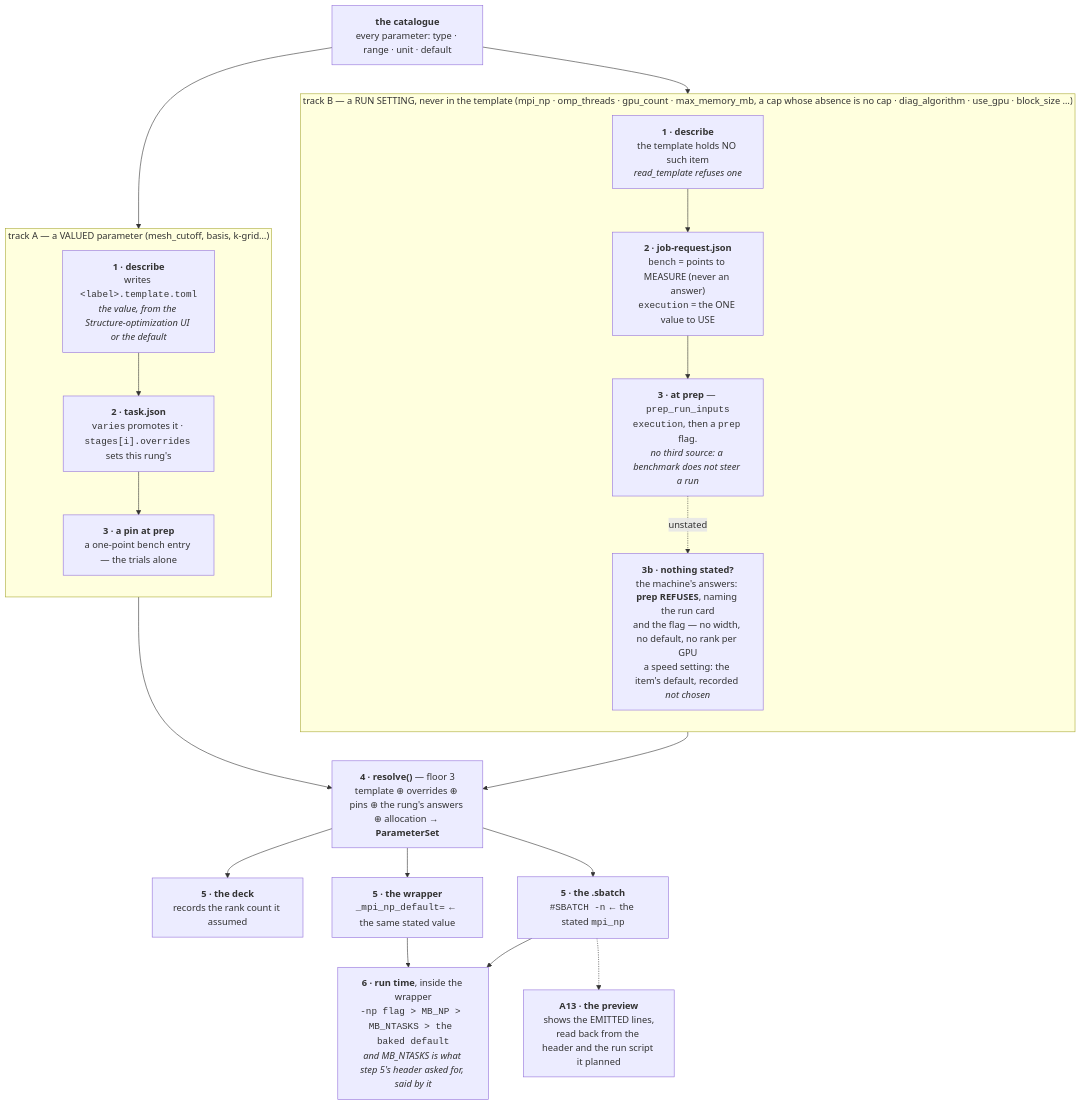
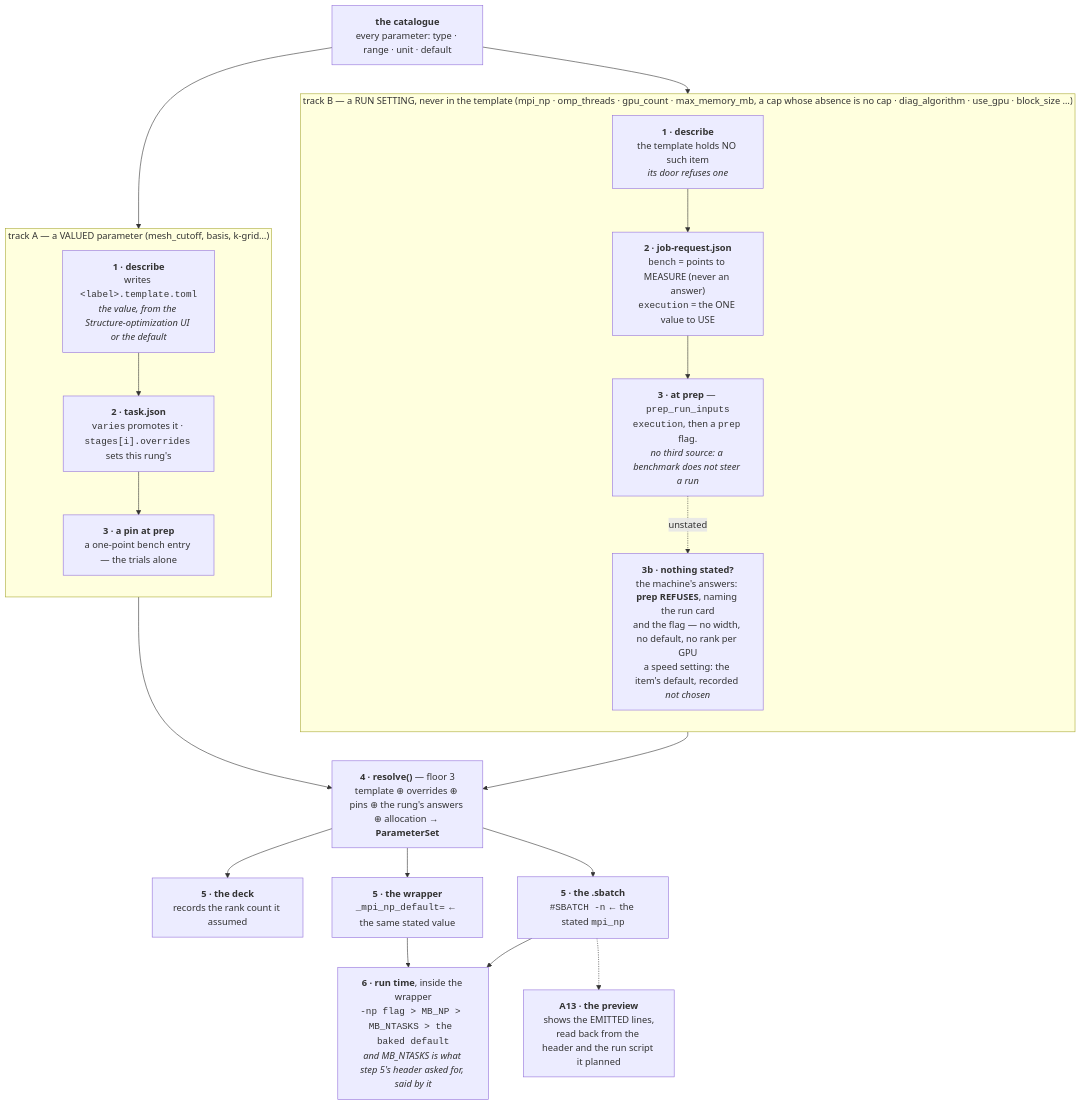
One commit to Qing-LAB/molbuilder changed the sixth of 10 diagrams in docs/execution/architecture.md. Above: the diagram before and after it, drawn with Mermaid. The commit also changed 13 other files, not shown here.

````diff
--- a/docs/execution/architecture.md
+++ b/docs/execution/architecture.md
@@ -708,40 +708,40 @@
 ```mermaid
 flowchart TB
     CAT["<b>the catalogue</b><br/>every parameter: type · range · unit · default"]
 
     subgraph VAL["track A — a VALUED parameter (mesh_cutoff, basis, k-grid…)"]
         direction TB
         A1["<b>1 · describe</b><br/>writes <code>&lt;label&gt;.template.toml</code><br/><i>the value, from the Structure-optimization UI or the default</i>"]
         A2["<b>2 · task.json</b><br/><code>varies</code> promotes it · <code>stages[i].overrides</code> sets this rung's"]
         A3["<b>3 · a pin at prep</b><br/>a one-point <code>bench</code> entry — the trials alone"]
         A1 --> A2 --> A3
     end
 
     subgraph MACH["track B — a RUN SETTING, never in the template (mpi_np · omp_threads · gpu_count · max_memory_mb, a cap whose absence is no cap · diag_algorithm · use_gpu · block_size …)"]
         direction TB
-        B1["<b>1 · describe</b><br/>the template holds NO such item<br/><i>read_template refuses one</i>"]
+        B1["<b>1 · describe</b><br/>the template holds NO such item<br/><i>its door refuses one</i>"]
         B2["<b>2 · job-request.json</b><br/><code>bench</code> = points to MEASURE (never an answer)<br/><code>execution</code> = the ONE value to USE"]
         B3["<b>3 · at prep</b> — <code>prep_run_inputs</code><br/><code>execution</code>, then a <code>prep</code> flag.<br/><i>no third source: a benchmark does not steer a run</i>"]
         B4["<b>3b · nothing stated?</b><br/>the machine's answers: <b>prep REFUSES</b>, naming the run card<br/>and the flag — no width, no default, no rank per GPU<br/>a speed setting: the item's default, recorded <i>not chosen</i>"]
         B1 --> B2 --> B3
         B3 -.->|"unstated"| B4
     end
 
     RES["<b>4 · resolve()</b> — floor 3<br/>template ⊕ overrides ⊕ pins ⊕ the rung's answers ⊕ allocation → <b>ParameterSet</b>"]
     DECK["<b>5 · the deck</b><br/>records the rank count it assumed"]
     SB["<b>5 · the .sbatch</b><br/><code>#SBATCH -n</code> ← the stated <code>mpi_np</code>"]
     WRAP["<b>5 · the wrapper</b><br/><code>_mpi_np_default=</code> ← the same stated value"]
     RUN["<b>6 · run time</b>, inside the wrapper<br/><code>-np flag &gt; MB_NP &gt; MB_NTASKS &gt; the baked default</code><br/><i>and MB_NTASKS is what step 5's header asked for, said by it</i>"]
     CARD["<b>A13 · the preview</b><br/>shows the EMITTED lines,<br/>read back from the header and the run script it planned"]
 
     CAT --> A1
     CAT --> B1
     A3 --> RES
     B3 --> RES
     RES --> DECK
     RES --> SB
     RES --> WRAP
     SB --> RUN
     WRAP --> RUN
     SB -.-> CARD
 ```
````
